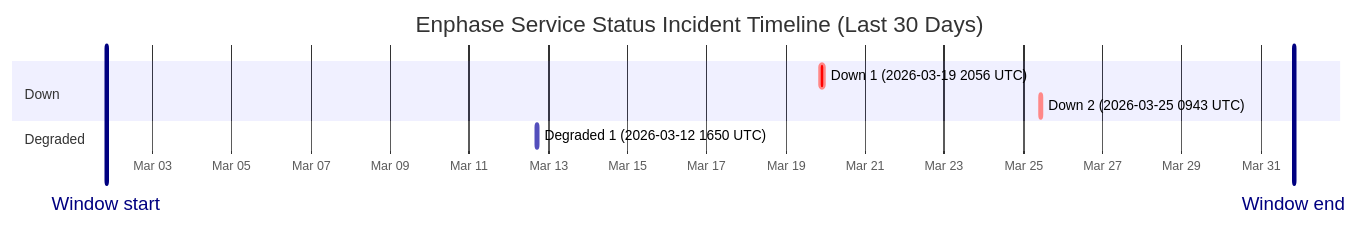
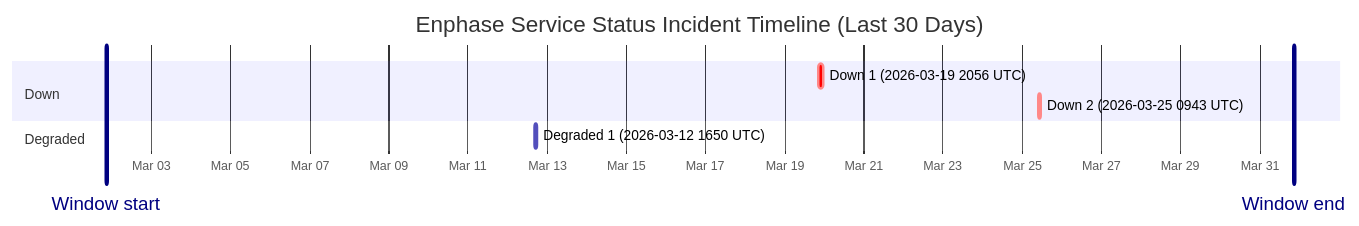
Before and after one commit to barneyonline/ha-enphase-ev-charger: the diagram in wiki/Service-Status-History.md, drawn with Mermaid. The commit also changed other lines of this file and 3 other files, not shown here.

````diff
--- a/wiki/Service-Status-History.md
+++ b/wiki/Service-Status-History.md
@@ -14,13 +14,13 @@
 ```mermaid
 gantt
     title Enphase Service Status Incident Timeline (Last 30 Days)
     dateFormat  YYYY-MM-DDTHH:mm:ss
     axisFormat  %b %d
-    Window start :vert, window-start, 2026-03-01T19:55:47, 0ms
-    Window end :vert, window-end, 2026-03-31T19:55:47, 0ms
+    Window start :vert, window-start, 2026-03-01T20:35:40, 0ms
+    Window end :vert, window-end, 2026-03-31T20:35:40, 0ms
     section Down
     Down 1 (2026-03-19 2056 UTC) :crit, down-1, 2026-03-19T20:56:20, 145m
     Down 2 (2026-03-25 0943 UTC) :crit, down-2, 2026-03-25T09:43:28, 111m
     section Degraded
     Degraded 1 (2026-03-12 1650 UTC) :active, degraded-1, 2026-03-12T16:50:43, 60m
 ```
````
